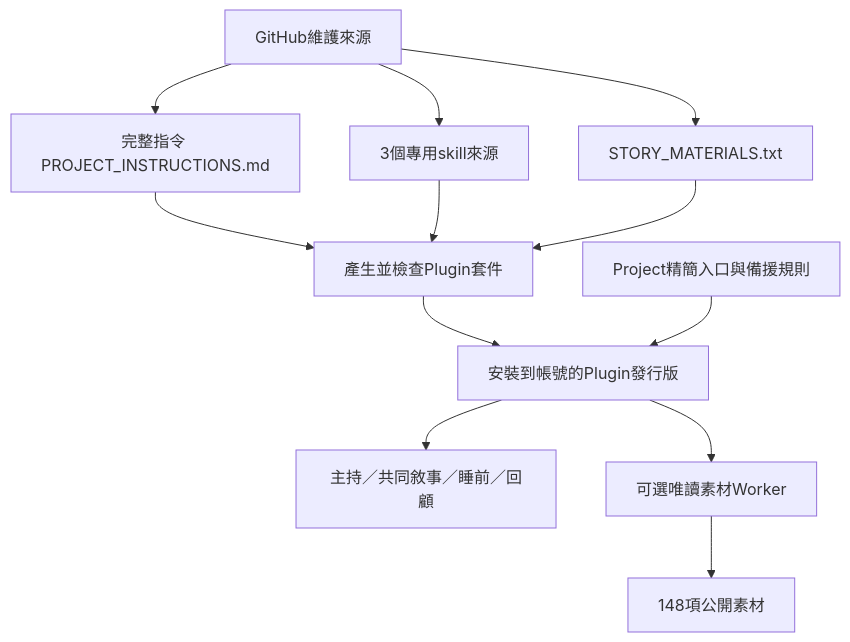
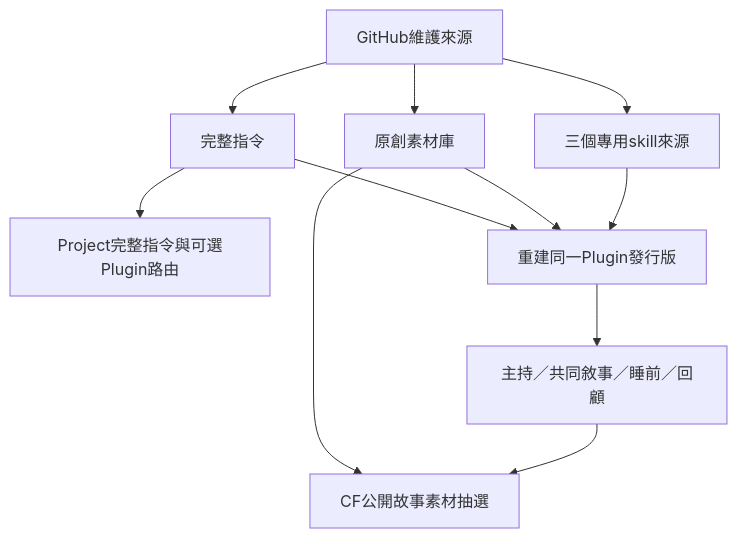
Before and after one commit to ga815647/moon-robot-family-play: the diagram in docs/plugin-architecture.md, drawn with Mermaid. The commit also changed other lines of this file and 23 other files, not shown here.

````diff
--- a/docs/plugin-architecture.md
+++ b/docs/plugin-architecture.md
@@ -5,14 +5,13 @@
 ```mermaid
 flowchart TD
-  G[GitHub維護來源] --> I[完整指令 PROJECT_INSTRUCTIONS.md]
-  G --> S[3個專用skill來源]
-  G --> M[STORY_MATERIALS.txt]
-  I --> B[產生並檢查Plugin套件]
+  G[GitHub維護來源] --> I[完整指令]
+  G --> M[原創素材庫]
+  G --> S[三個專用skill來源]
+  I --> P[Project完整指令與可選Plugin路由]
+  I --> B[重建同一Plugin發行版]
+  M --> B
   S --> B
-  M --> B
-  B --> P[安裝到帳號的Plugin發行版]
-  E[Project精簡入口與備援規則] --> P
-  P --> H[主持／共同敘事／睡前／回顧]
-  P --> W[可選唯讀素材Worker]
-  W --> C[148項公開素材]
+  B --> H[主持／共同敘事／睡前／回顧]
+  M --> W[CF公開故事素材抽選]
+  H --> W
 ```
````
